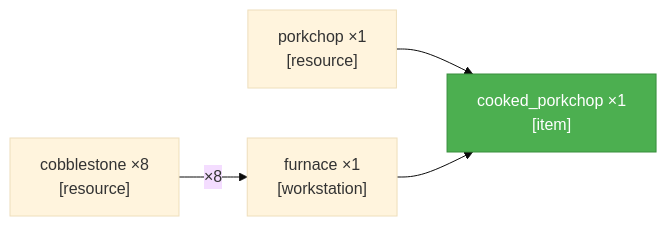
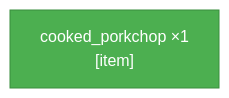
The diagram in achievement_hunter/rollout_live/current_scsg.md (tomfenno/embodied-intelligence-minecraft), drawn with Mermaid (base theme) before and after one commit. The commit also changed other lines of this file and 18 other files, not shown here.

````diff
--- a/achievement_hunter/rollout_live/current_scsg.md
+++ b/achievement_hunter/rollout_live/current_scsg.md
@@ -4,11 +4,5 @@
 ```mermaid
 graph LR
     cooked_porkchop["cooked_porkchop ×1<br/>[item]"]
-    porkchop["porkchop ×1<br/>[resource]"]
-    furnace["furnace ×1<br/>[workstation]"]
-    cobblestone["cobblestone ×8<br/>[resource]"]
-    porkchop -->cooked_porkchop
-    furnace -->cooked_porkchop
-    cobblestone -->|"×8"| furnace
     style cooked_porkchop fill:#4CAF50,color:#fff,stroke:#388E3C
 ```
````
